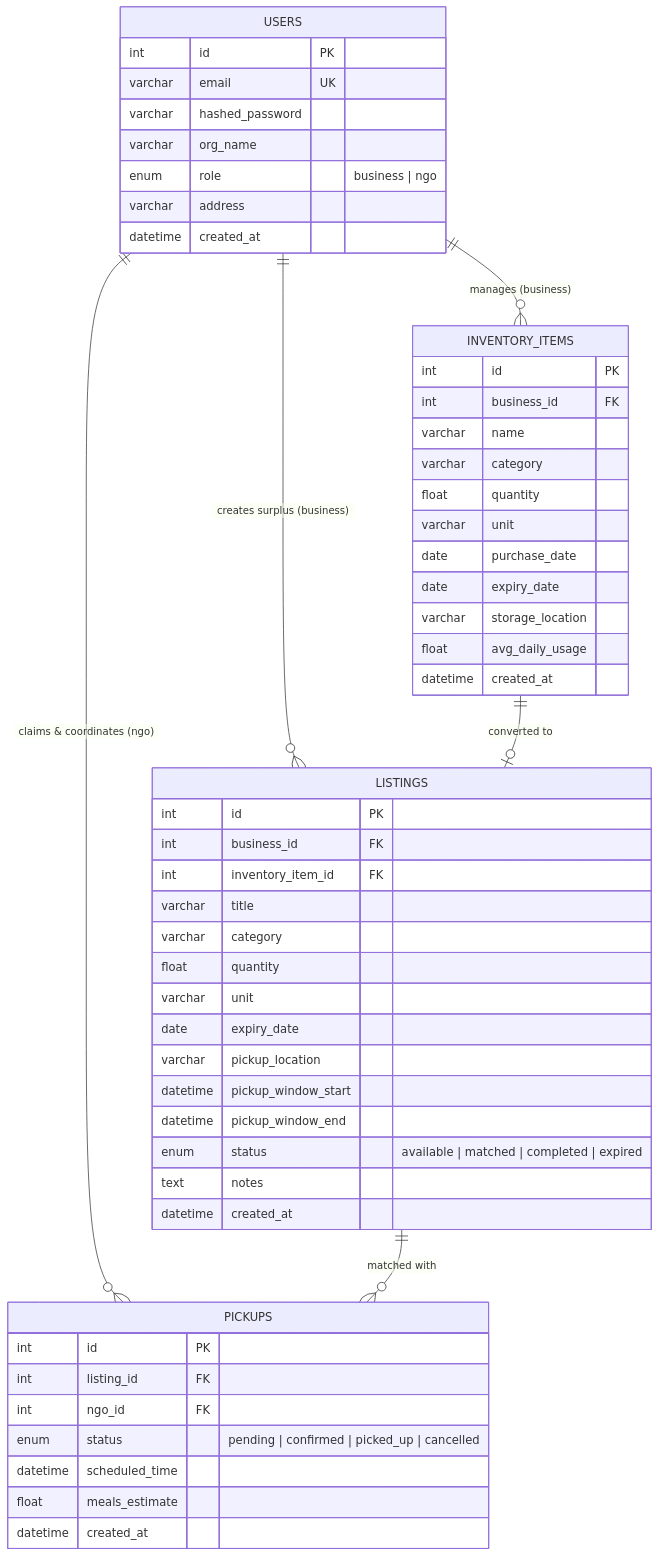
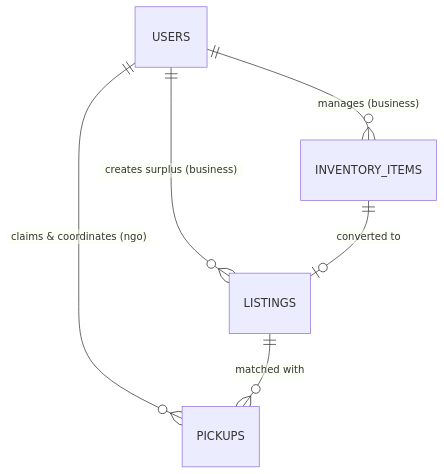
One commit to preygoti/foodwaste-platform changed the second of 2 diagrams in README.md. Above: the diagram before and after it, drawn with Mermaid. The commit also changed other lines of this file, not shown here.

````diff
--- a/README.md
+++ b/README.md
@@ -125,59 +123,8 @@
 ```mermaid
 erDiagram
     USERS ||--o{ INVENTORY_ITEMS : "manages (business)"
     USERS ||--o{ LISTINGS : "creates surplus (business)"
     USERS ||--o{ PICKUPS : "claims & coordinates (ngo)"
     INVENTORY_ITEMS ||--o| LISTINGS : "converted to"
     LISTINGS ||--o{ PICKUPS : "matched with"
-
-    USERS {
-        int id PK
-        varchar email UK
-        varchar hashed_password
-        varchar org_name
-        enum role "business | ngo"
-        varchar address
-        datetime created_at
-    }
-
-    INVENTORY_ITEMS {
-        int id PK
-        int business_id FK
-        varchar name
-        varchar category
-        float quantity
-        varchar unit
-        date purchase_date
-        date expiry_date
-        varchar storage_location
-        float avg_daily_usage
-        datetime created_at
-    }
-
-    LISTINGS {
-        int id PK
-        int business_id FK
-        int inventory_item_id FK
-        varchar title
-        varchar category
-        float quantity
-        varchar unit
-        date expiry_date
-        varchar pickup_location
-        datetime pickup_window_start
-        datetime pickup_window_end
-        enum status "available | matched | completed | expired"
-        text notes
-        datetime created_at
-    }
-
-    PICKUPS {
-        int id PK
-        int listing_id FK
-        int ngo_id FK
-        enum status "pending | confirmed | picked_up | cancelled"
-        datetime scheduled_time
-        float meals_estimate
-        datetime created_at
-    }
 ```
````
